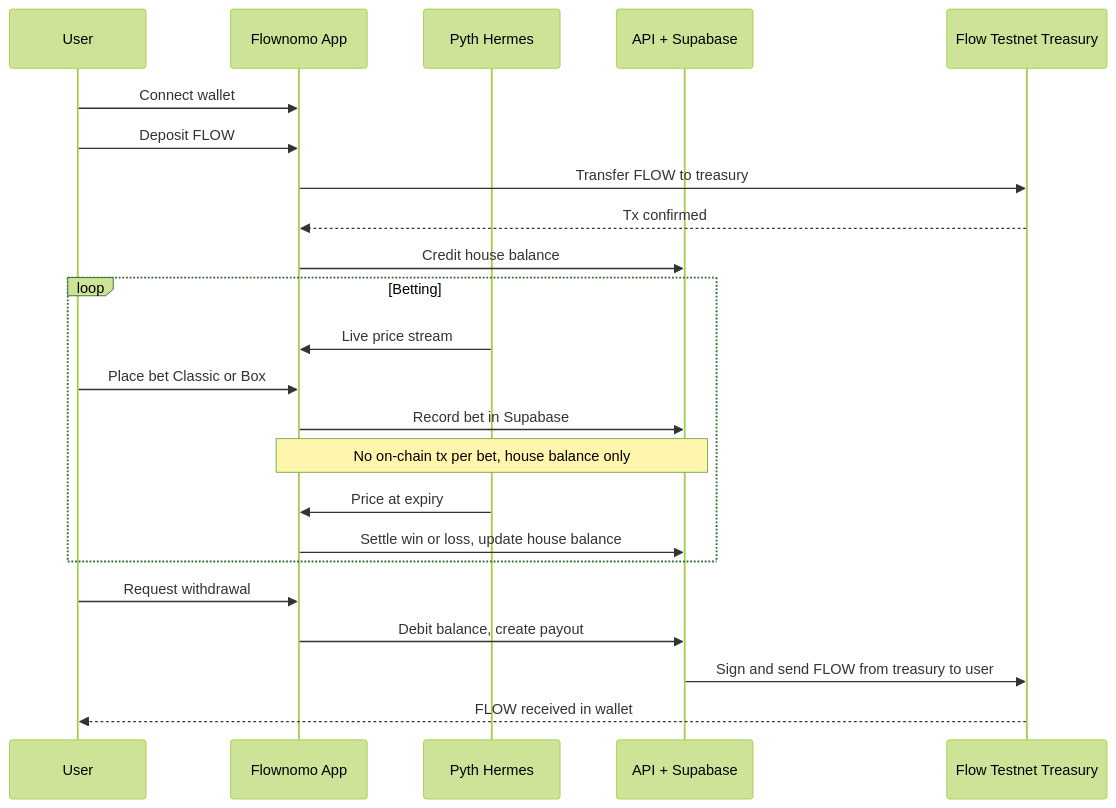
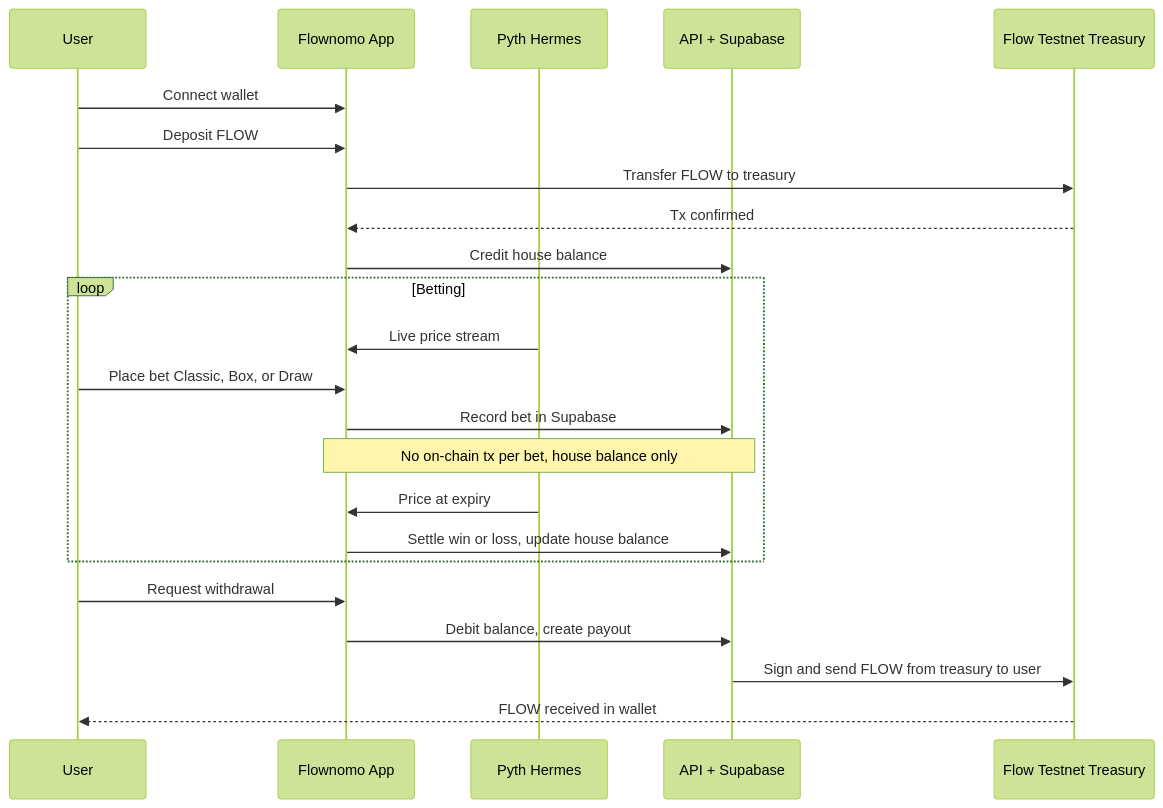
One commit to AmaanSayyad/Flownomo changed the third of 4 diagrams in README.md. Above: the diagram before and after it, drawn with Mermaid (forest theme). The commit also changed other lines of this file, not shown here.

````diff
--- a/README.md
+++ b/README.md
@@ -201,28 +201,28 @@
 ```mermaid
 sequenceDiagram
     participant U as User
     participant App as Flownomo App
     participant P as Pyth Hermes
     participant API as API + Supabase
     participant Flow as Flow Testnet Treasury
 
     U->>App: Connect wallet
     U->>App: Deposit FLOW
     App->>Flow: Transfer FLOW to treasury
     Flow-->>App: Tx confirmed
     App->>API: Credit house balance
 
     loop Betting
         P->>App: Live price stream
-        U->>App: Place bet Classic or Box
+        U->>App: Place bet Classic, Box, or Draw
         App->>API: Record bet in Supabase
         Note over App,API: No on-chain tx per bet, house balance only
         P->>App: Price at expiry
         App->>API: Settle win or loss, update house balance
     end
 
     U->>App: Request withdrawal
     App->>API: Debit balance, create payout
     API->>Flow: Sign and send FLOW from treasury to user
     Flow-->>U: FLOW received in wallet
 ```
````
